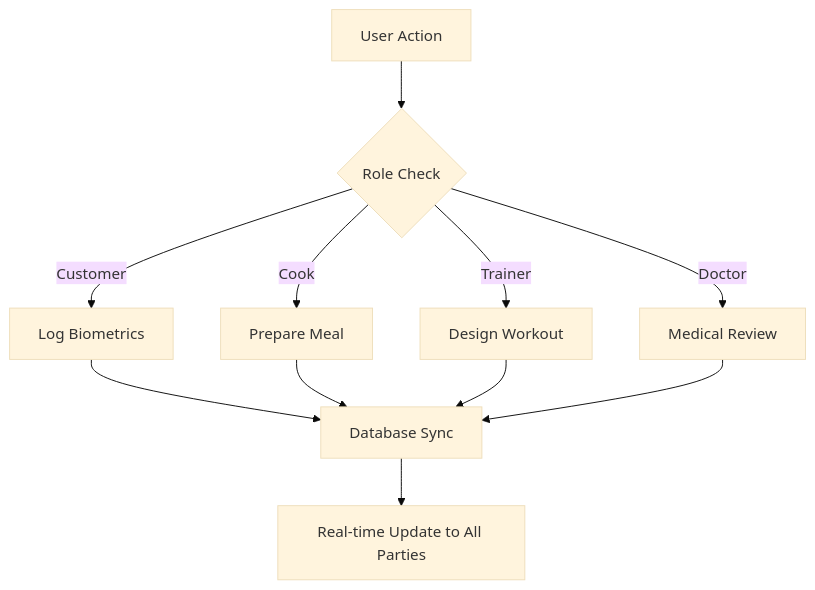
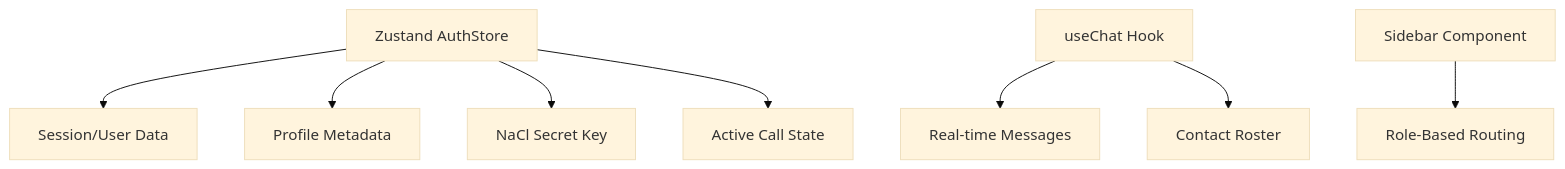
One commit to nyxri0f8/fitti_app changed the first of 7 diagrams in USER_GUIDE_BOOKLET.md. Above: the diagram before and after it, drawn with Mermaid (base theme). The commit also changed other lines of this file, not shown here.

Commit message:
docs: expand user guide to 12-page mega-manual with 10+ mermaid diagrams

````diff
--- a/USER_GUIDE_BOOKLET.md
+++ b/USER_GUIDE_BOOKLET.md
@@ -116,13 +18,10 @@
 ```mermaid
 graph TD
-    A[User Action] --> B{Role Check}
-    B -- Customer --> C[Log Biometrics]
-    B -- Cook --> D[Prepare Meal]
-    B -- Trainer --> E[Design Workout]
-    B -- Doctor --> F[Medical Review]
-    C --> G[Database Sync]
-    D --> G
-    E --> G
-    F --> G
-    G --> H[Real-time Update to All Parties]
+    A[Zustand AuthStore] --> B[Session/User Data]
+    A --> C[Profile Metadata]
+    A --> D[NaCl Secret Key]
+    A --> E[Active Call State]
+    F[useChat Hook] --> G[Real-time Messages]
+    F --> H[Contact Roster]
+    I[Sidebar Component] --> J[Role-Based Routing]
 ```
````
